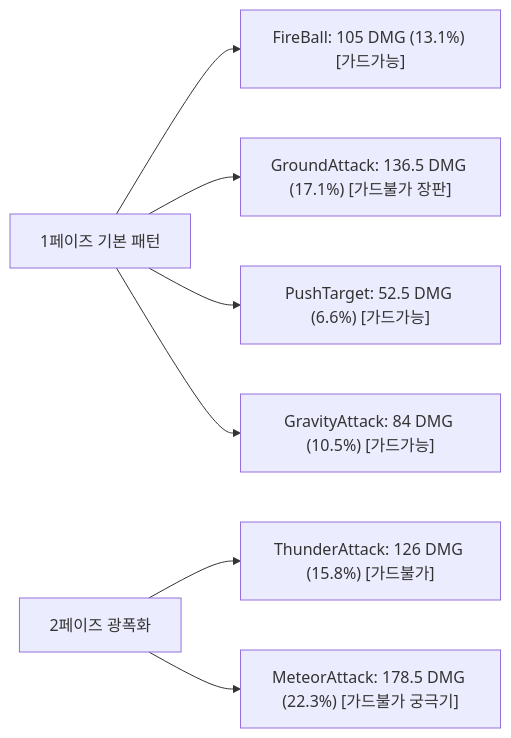
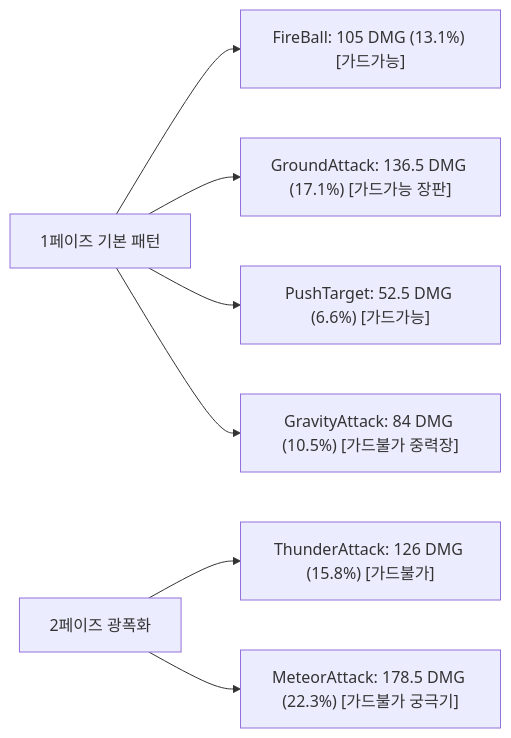
Before and after one commit to yhgamestudent/ShardsOfVeyara: the first of 2 diagrams in Docs/FOREST_MAP_BALANCE_REPORT.md, drawn with Mermaid. The commit also changed other lines of this file and 31 other files, not shown here.

````diff
--- a/Docs/FOREST_MAP_BALANCE_REPORT.md
+++ b/Docs/FOREST_MAP_BALANCE_REPORT.md
@@ -92,10 +92,10 @@
 ```mermaid
 graph LR
     Phase1["1페이즈 기본 패턴"] --> Fireball["FireBall: 105 DMG (13.1%) [가드가능]"]
-    Phase1 --> Ground["GroundAttack: 136.5 DMG (17.1%) [가드불가 장판]"]
+    Phase1 --> Ground["GroundAttack: 136.5 DMG (17.1%) [가드가능 장판]"]
     Phase1 --> Push["PushTarget: 52.5 DMG (6.6%) [가드가능]"]
-    Phase1 --> Gravity["GravityAttack: 84 DMG (10.5%) [가드가능]"]
+    Phase1 --> Gravity["GravityAttack: 84 DMG (10.5%) [가드불가 중력장]"]
 
     Phase2["2페이즈 광폭화"] --> Thunder["ThunderAttack: 126 DMG (15.8%) [가드불가]"]
     Phase2 --> Meteor["MeteorAttack: 178.5 DMG (22.3%) [가드불가 궁극기]"]
 ```
````
